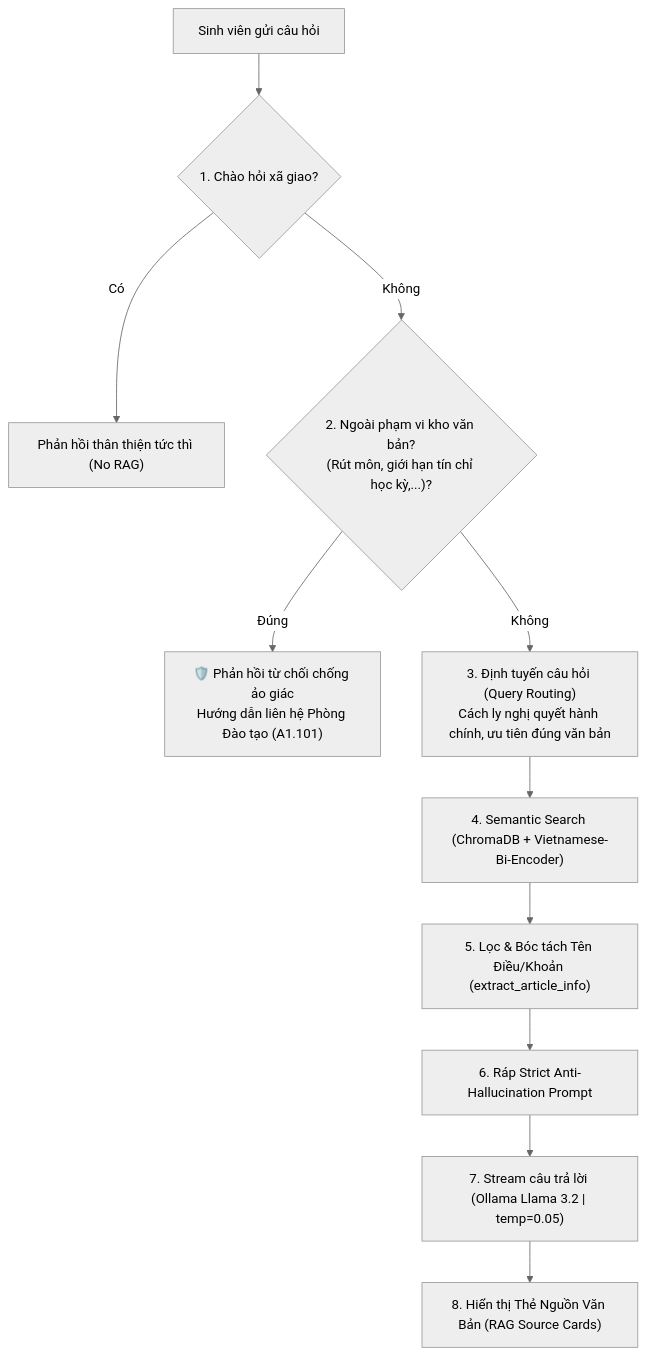
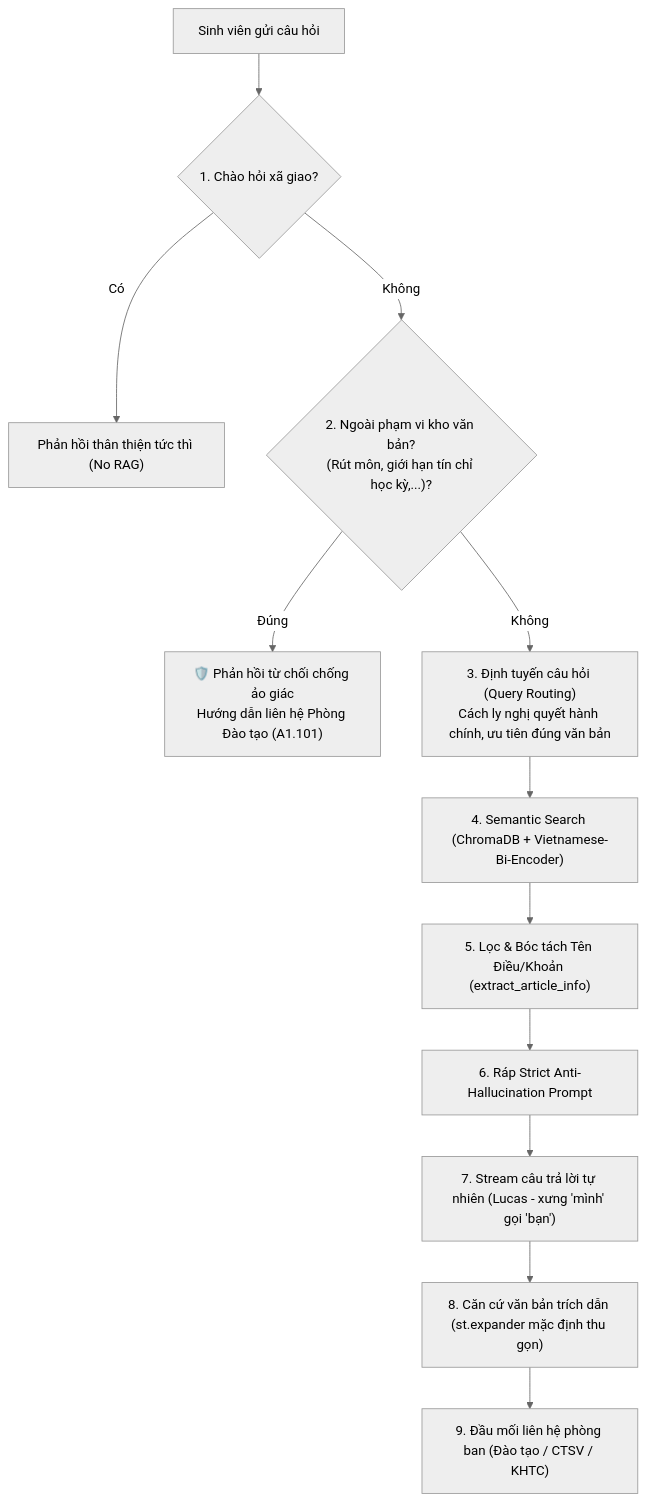
One commit to anhdangbuon/VLUTEBOT changed the diagram in README.md. Above: the diagram before and after it, drawn with Mermaid (neutral theme). The commit also changed other lines of this file and 10 other files, not shown here.

````diff
--- a/README.md
+++ b/README.md
@@ -26,15 +26,16 @@
 ```mermaid
 flowchart TD
     UserQuery["Sinh viên gửi câu hỏi"] --> GreetingCheck{"1. Chào hỏi xã giao?"}
     GreetingCheck -- Có --> FastReply["Phản hồi thân thiện tức thì (No RAG)"]
     GreetingCheck -- Không --> ScopeCheck{"2. Ngoài phạm vi kho văn bản?<br/>(Rút môn, giới hạn tín chỉ học kỳ,...)?"}
     
     ScopeCheck -- Đúng --> PoliteRefusal["🛡️ Phản hồi từ chối chống ảo giác<br/>Hướng dẫn liên hệ Phòng Đào tạo (A1.101)"]
     ScopeCheck -- Không --> Routing["3. Định tuyến câu hỏi (Query Routing)<br/>Cách ly nghị quyết hành chính, ưu tiên đúng văn bản"]
     
     Routing --> ChromaSearch["4. Semantic Search (ChromaDB + Vietnamese-Bi-Encoder)"]
     ChromaSearch --> DocFilter["5. Lọc & Bóc tách Tên Điều/Khoản (extract_article_info)"]
     DocFilter --> PromptBuild["6. Ráp Strict Anti-Hallucination Prompt"]
-    PromptBuild --> OllamaStream["7. Stream câu trả lời (Ollama Llama 3.2 | temp=0.05)"]
-    OllamaStream --> SourceCards["8. Hiển thị Thẻ Nguồn Văn Bản (RAG Source Cards)"]
+    PromptBuild --> OllamaStream["7. Stream câu trả lời tự nhiên (Lucas - xưng 'mình' gọi 'bạn')"]
+    OllamaStream --> ExpanderSources["8. Căn cứ văn bản trích dẫn (st.expander mặc định thu gọn)"]
+    ExpanderSources --> ContactFooter["9. Đầu mối liên hệ phòng ban (Đào tạo / CTSV / KHTC)"]
 ```
````
